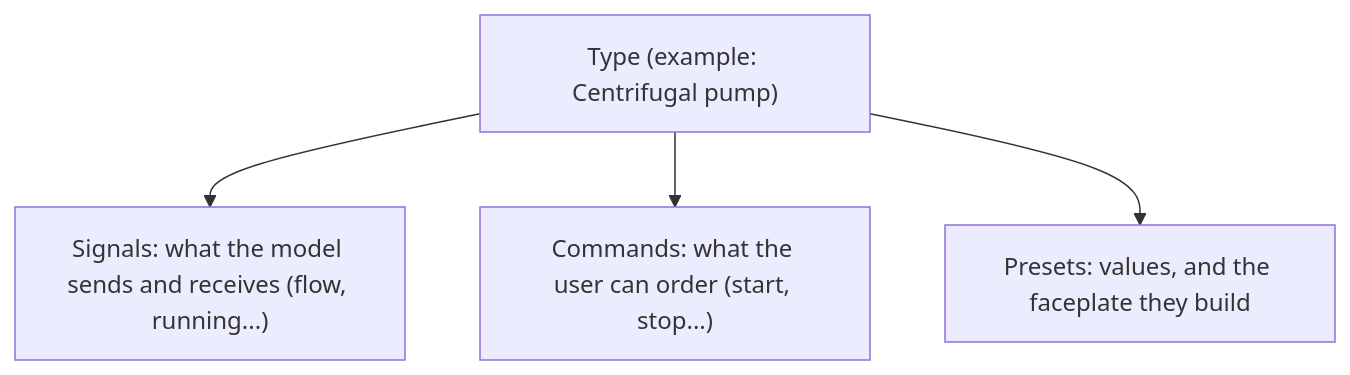
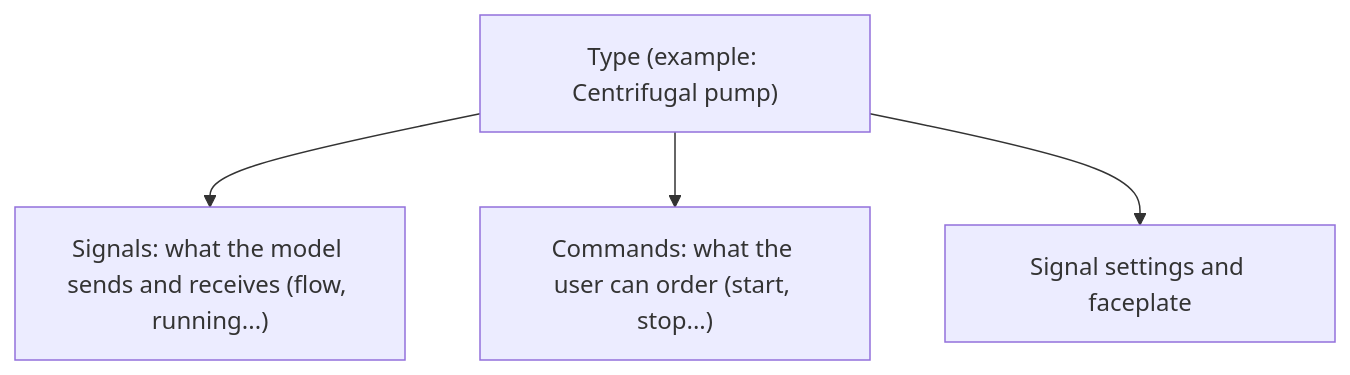
Before and after one commit to AlexandreGallais/synoptic-studio-spec: the first of 50 diagrams in metadata/draft.md, drawn with Mermaid. The commit also changed other lines of this file and 65 other files, not shown here.

````diff
--- a/metadata/draft.md
+++ b/metadata/draft.md
@@ -39,7 +39,7 @@
 ```mermaid
 flowchart TD
     T["Type (example: Centrifugal pump)"]
     T --> P["Signals: what the model sends and receives (flow, running...)"]
     T --> C["Commands: what the user can order (start, stop...)"]
-    T --> R["Presets: values, and the faceplate they build"]
+    T --> R["Signal settings and faceplate"]
 ```
````
